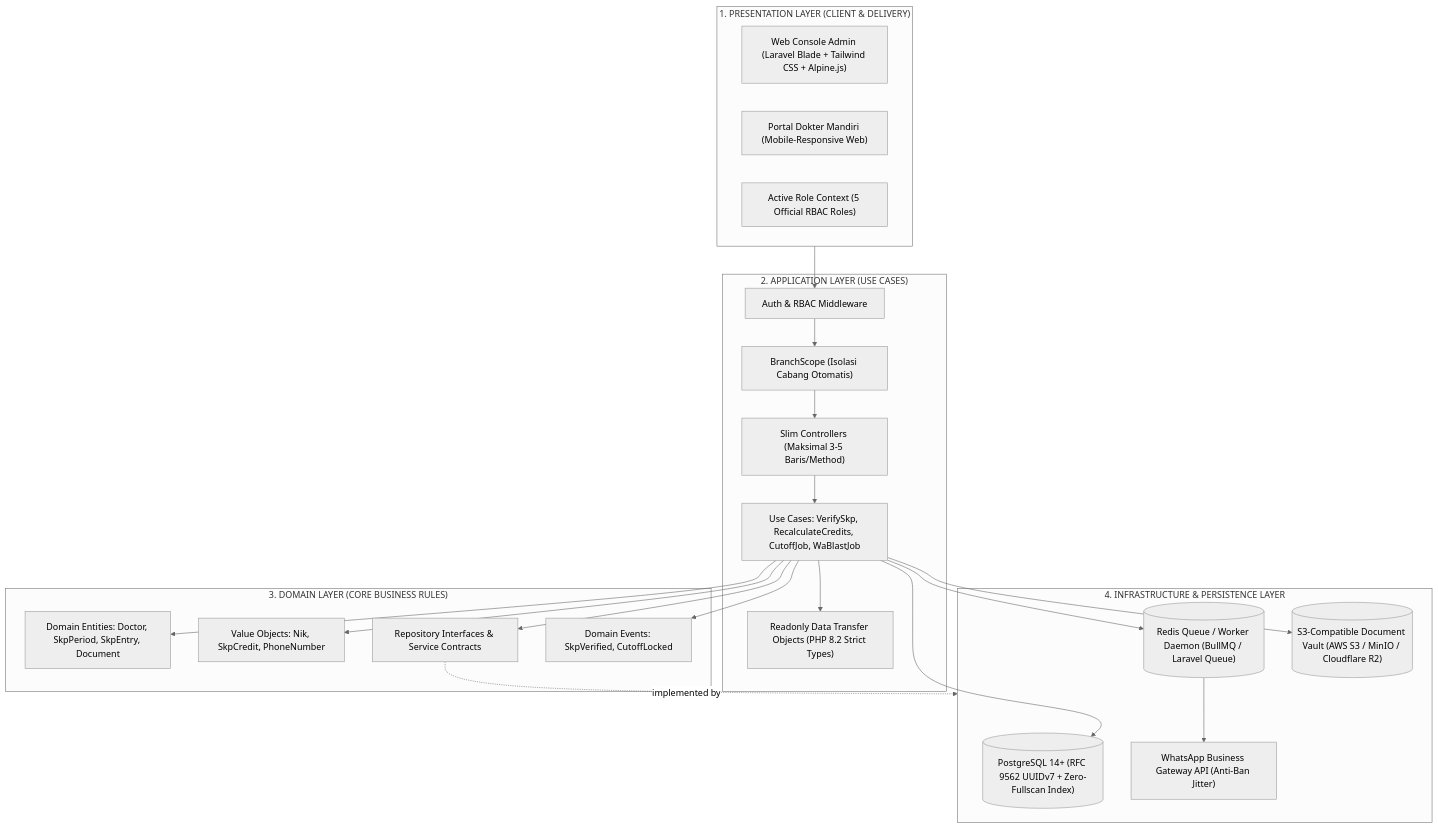
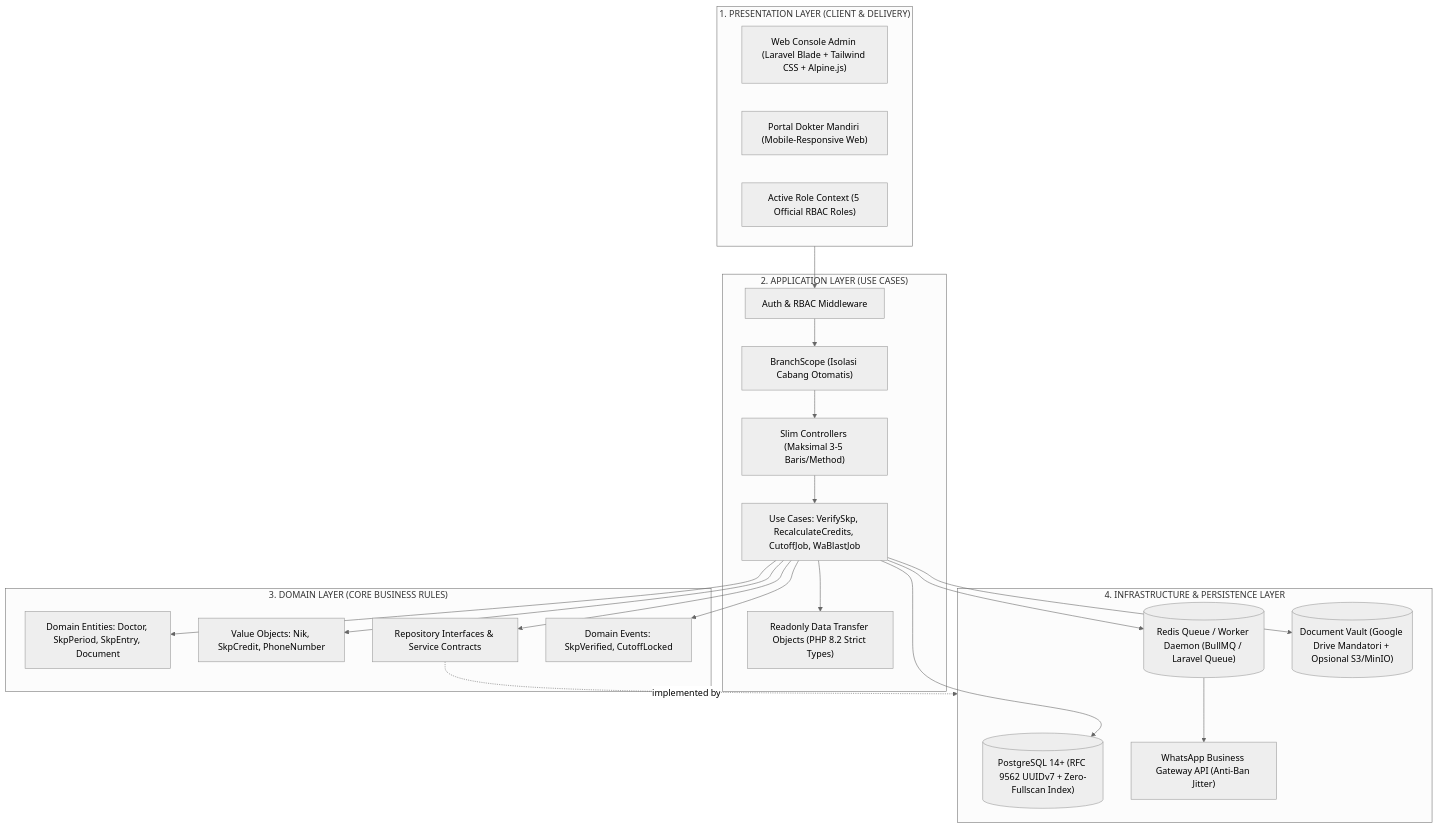
The first of 8 diagrams in ARCHITECTURE.md (echoTech187/pogi-spk-tracker), drawn with Mermaid (neutral theme) before and after one commit. The commit also changed other lines of this file and 7 other files, not shown here.

Commit message:
fix(vault): enforce mandatory Google Drive URL and make direct upload optional to prevent storage bloat

````diff
--- a/ARCHITECTURE.md
+++ b/ARCHITECTURE.md
@@ -11,45 +11,45 @@
 ```mermaid
 flowchart TD
     subgraph ClientLayer["1. PRESENTATION LAYER (CLIENT & DELIVERY)"]
         WebAdmin["Web Console Admin (Laravel Blade + Tailwind CSS + Alpine.js)"]
         PortalDokter["Portal Dokter Mandiri (Mobile-Responsive Web)"]
         RoleSwitcher["Active Role Context (5 Official RBAC Roles)"]
     end
 
     subgraph AppLayer["2. APPLICATION LAYER (USE CASES)"]
         MW["Auth & RBAC Middleware"]
         Scope["BranchScope (Isolasi Cabang Otomatis)"]
         Controllers["Slim Controllers (Maksimal 3-5 Baris/Method)"]
         UseCases["Use Cases: VerifySkp, RecalculateCredits, CutoffJob, WaBlastJob"]
         DTOs["Readonly Data Transfer Objects (PHP 8.2 Strict Types)"]
     end
 
     subgraph DomainLayer["3. DOMAIN LAYER (CORE BUSINESS RULES)"]
         Entities["Domain Entities: Doctor, SkpPeriod, SkpEntry, Document"]
         ValueObjects["Value Objects: Nik, SkpCredit, PhoneNumber"]
         Contracts["Repository Interfaces & Service Contracts"]
         Events["Domain Events: SkpVerified, CutoffLocked"]
     end
 
     subgraph InfraLayer["4. INFRASTRUCTURE & PERSISTENCE LAYER"]
         Postgres[("PostgreSQL 14+ (RFC 9562 UUIDv7 + Zero-Fullscan Index)")]
         RedisQueue[("Redis Queue / Worker Daemon (BullMQ / Laravel Queue)")]
-        DocVault[("S3-Compatible Document Vault (AWS S3 / MinIO / Cloudflare R2)")]
+        DocVault[("Document Vault (Google Drive Mandatori + Opsional S3/MinIO)")]
         WAGateway["WhatsApp Business Gateway API (Anti-Ban Jitter)"]
     end
 
     ClientLayer --> MW
     MW --> Scope
     Scope --> Controllers
     Controllers --> UseCases
     UseCases --> DTOs
     UseCases --> Contracts
     UseCases --> Entities
     UseCases --> ValueObjects
     UseCases --> Events
     Contracts -.->|implemented by| InfraLayer
     UseCases --> RedisQueue
     RedisQueue --> WAGateway
     UseCases --> Postgres
     UseCases --> DocVault
 ```
````
